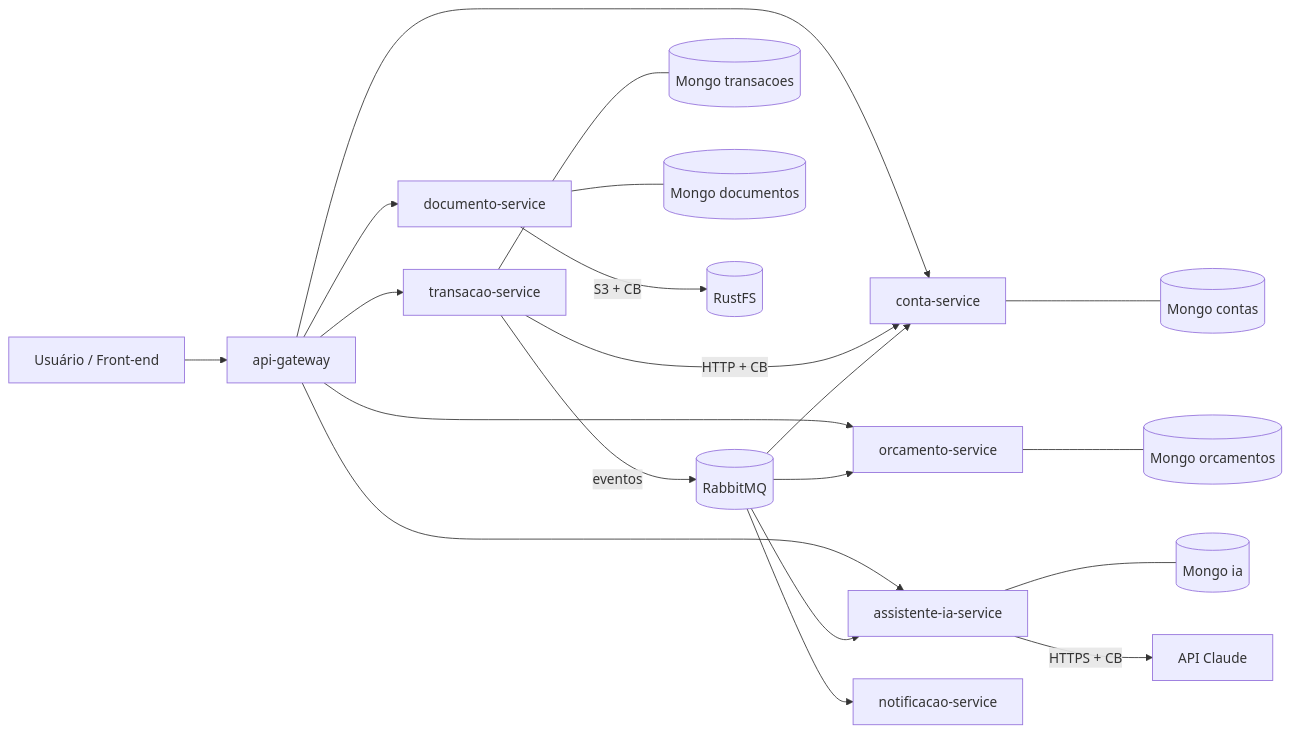
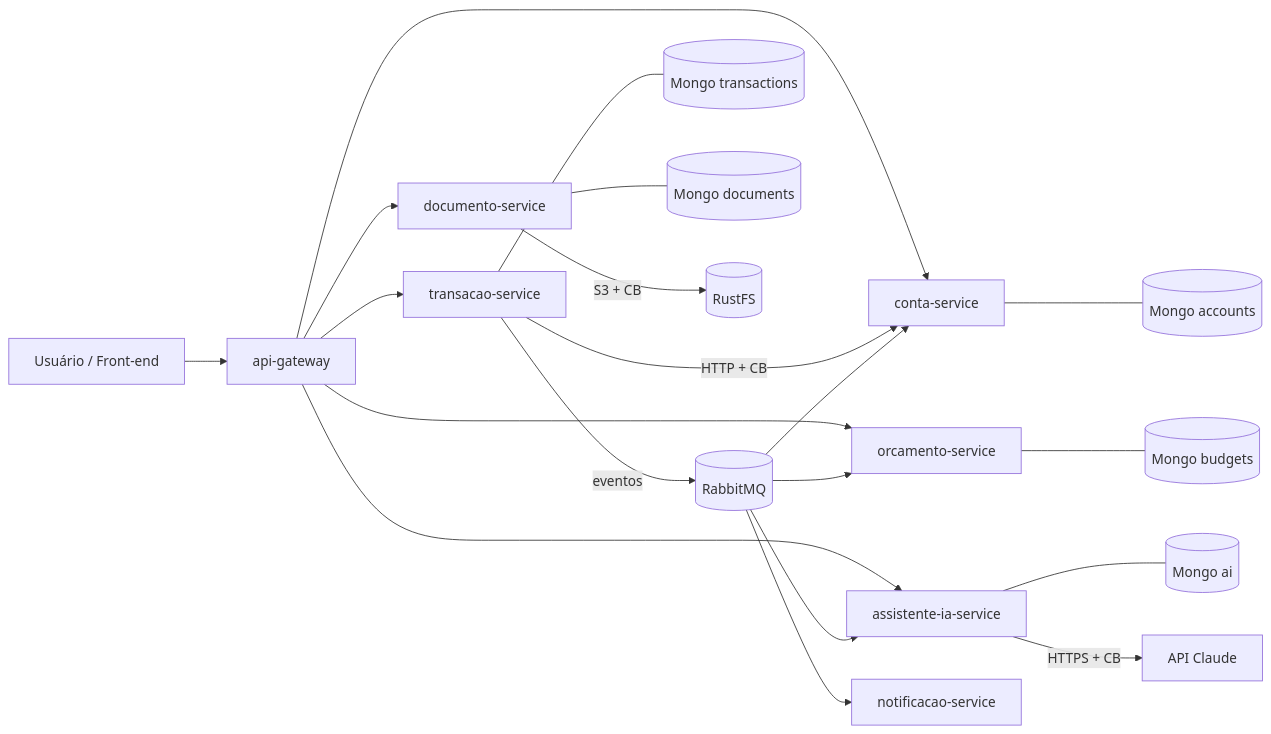
The first of 6 diagrams in docs/arquitetura.md (DiiOliiver/finance-api), drawn with Mermaid before and after one commit. The commit also changed other lines of this file and 13 other files, not shown here.

````diff
--- a/docs/arquitetura.md
+++ b/docs/arquitetura.md
@@ -21,25 +21,25 @@
 ```mermaid
 flowchart LR
     U[Usuário / Front-end] --> GW[api-gateway]
 
     GW --> CS[conta-service]
     GW --> TS[transacao-service]
     GW --> OS[orcamento-service]
     GW --> DS[documento-service]
     GW --> IA[assistente-ia-service]
 
     TS -- HTTP + CB --> CS
     TS -- eventos --> MQ[(RabbitMQ)]
     MQ --> OS
     MQ --> IA
     MQ --> NS[notificacao-service]
     MQ --> CS
 
-    CS --- M1[(Mongo contas)]
-    TS --- M2[(Mongo transacoes)]
-    OS --- M3[(Mongo orcamentos)]
-    DS --- M4[(Mongo documentos)]
-    IA --- M5[(Mongo ia)]
+    CS --- M1[(Mongo accounts)]
+    TS --- M2[(Mongo transactions)]
+    OS --- M3[(Mongo budgets)]
+    DS --- M4[(Mongo documents)]
+    IA --- M5[(Mongo ai)]
     DS -- S3 + CB --> RF[(RustFS)]
     IA -- HTTPS + CB --> CL[API Claude]
 ```
````
